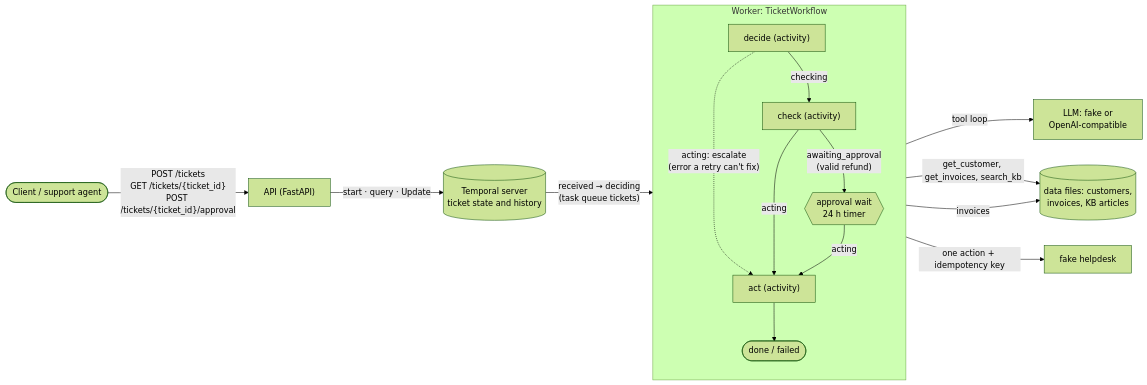
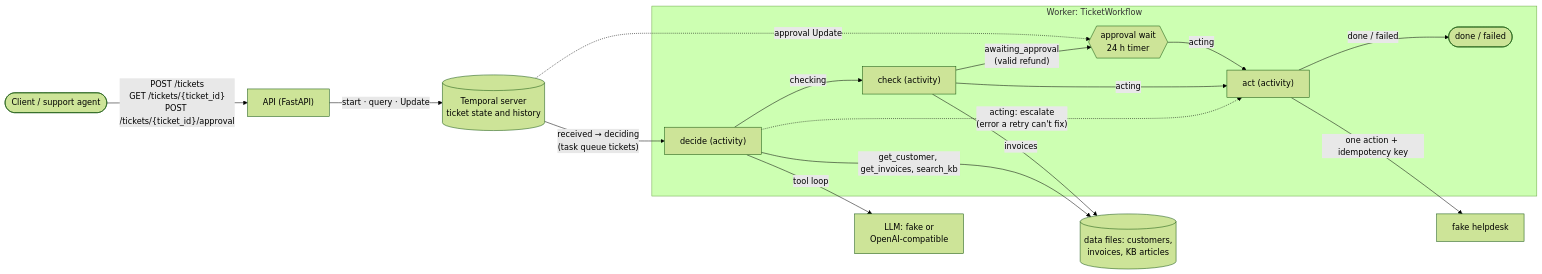
The diagram in README.md (lukasz-segin/agentic-ticket-workflow), drawn with Mermaid (forest theme) before and after one commit. The commit also changed other lines of this file and 2 other files, not shown here.

````diff
--- a/README.md
+++ b/README.md
@@ -119,32 +130,32 @@
 ```mermaid
 flowchart LR
     client(["Client / support agent"])
     api["API (FastAPI)"]
     temporal[("Temporal server<br/>ticket state and history")]
     client -- "POST /tickets<br/>GET /tickets/{ticket_id}<br/>POST /tickets/{ticket_id}/approval" --> api
     api -- "start · query · Update" --> temporal
 
     subgraph worker["Worker: TicketWorkflow"]
-        direction TB
         decide["decide (activity)"]
         check["check (activity)"]
         wait{{"approval wait<br/>24 h timer"}}
         act["act (activity)"]
         final(["done / failed"])
         decide -- "checking" --> check
         decide -. "acting: escalate<br/>(error a retry can't fix)" .-> act
         check -- "awaiting_approval<br/>(valid refund)" --> wait
         check -- "acting" --> act
         wait -- "acting" --> act
-        act --> final
+        act -- "done / failed" --> final
     end
 
     temporal -- "received → deciding<br/>(task queue tickets)" --> decide
+    temporal -. "approval Update" .-> wait
     llm["LLM: fake or<br/>OpenAI-compatible"]
     data[("data files: customers,<br/>invoices, KB articles")]
     helpdesk["fake helpdesk"]
     decide -- "tool loop" --> llm
     decide -- "get_customer, get_invoices, search_kb" --> data
     check -- "invoices" --> data
     act -- "one action + idempotency key" --> helpdesk
 ```
````
